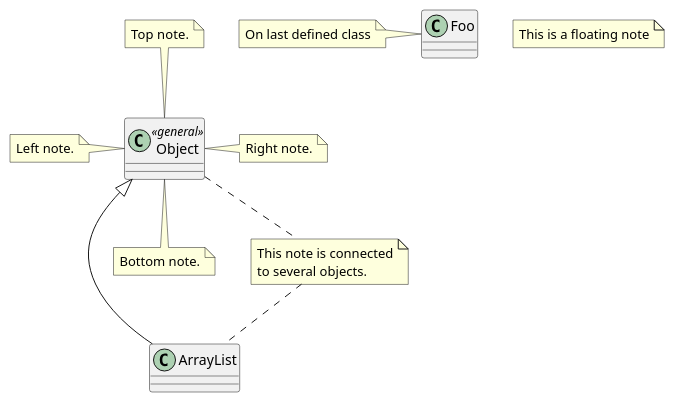
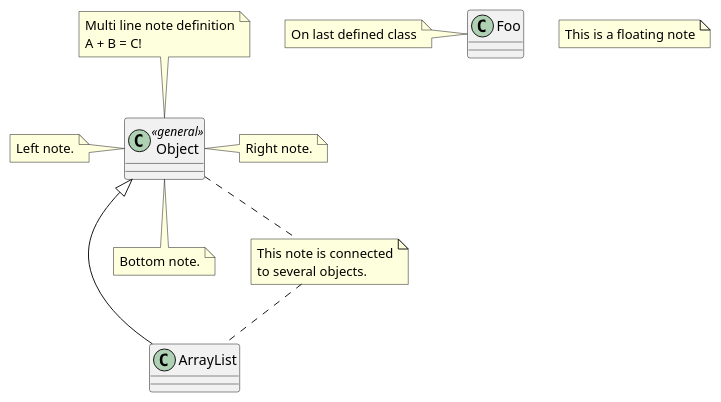
One commit to Tomas124589/pyplaml changed the diagram in examples/10_notes.puml. Above: the diagram before and after it, drawn with PlantUML. The commit also changed 2 other files, not shown here.

```diff
--- a/examples/10_notes.puml
+++ b/examples/10_notes.puml
@@ -1,18 +1,22 @@
 @startuml
 class Object << general >>
 Object <|--- ArrayList
 
-note top of Object : Top note.
+note top of Object
+    Multi line note definition
+    A + B = C!
+end note
+
 note right of Object : Right note.
 note bottom of Object : Bottom note.
 note left of Object : Left note.
 
 note "This is a floating note" as N1
 note "This note is connected\nto several objects." as N2
 Object .. N2
 N2 .. ArrayList
 
 class Foo
 note left: On last defined class
 
 @enduml
```
